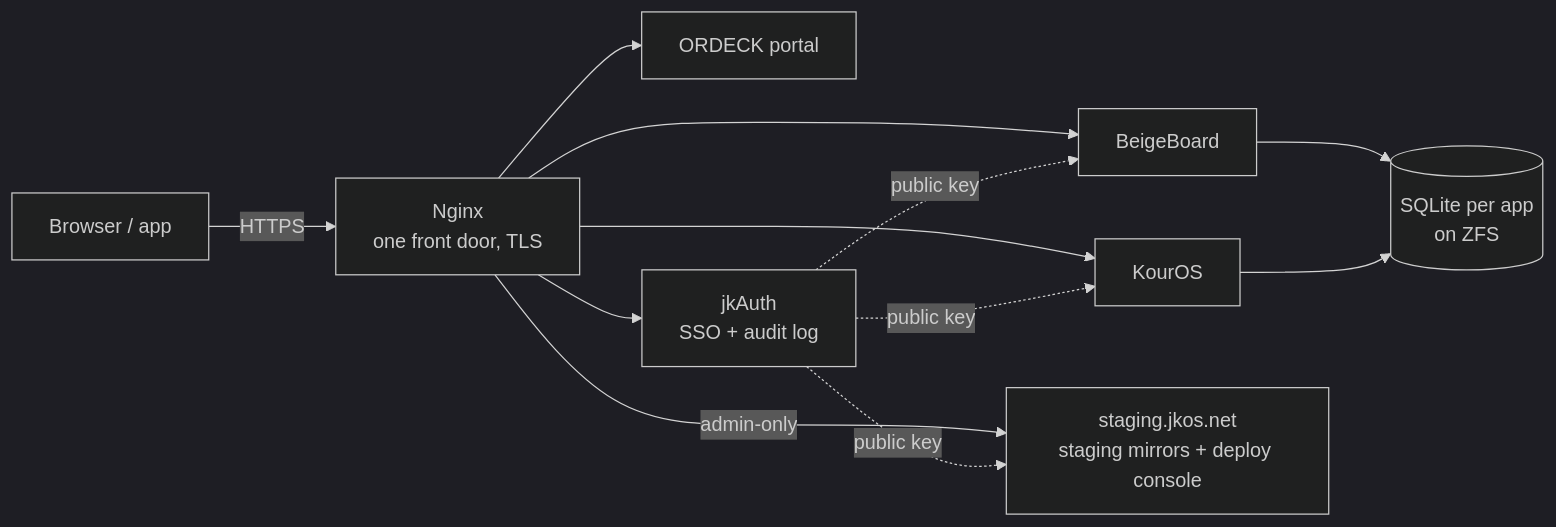
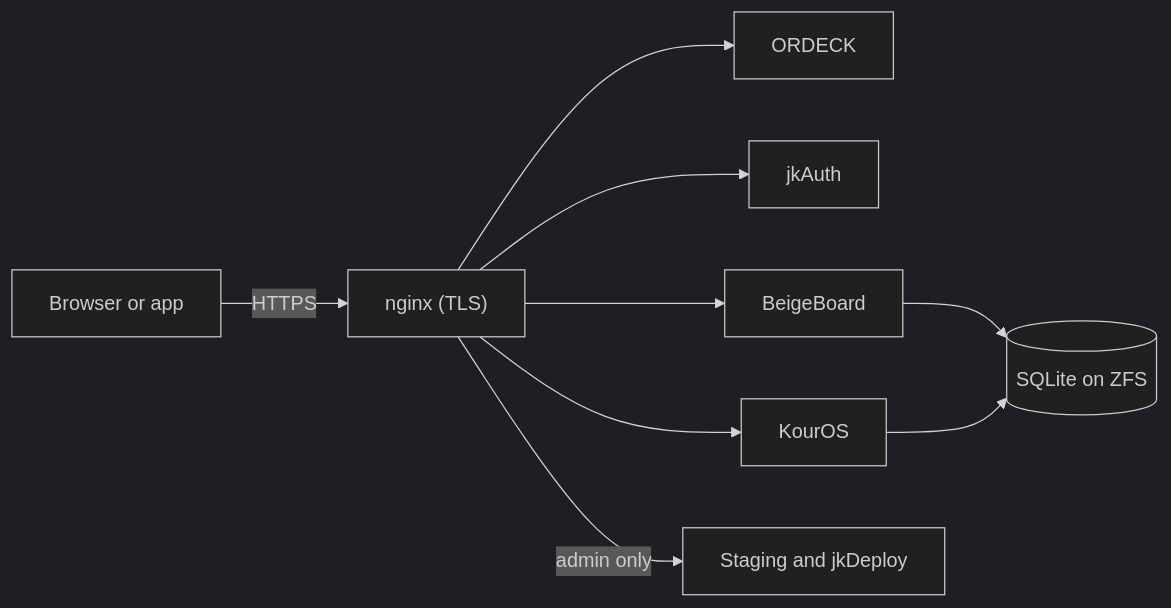
Before and after one commit to jkondakalla/jkOS: the first of 3 diagrams in README.md, drawn with Mermaid (dark theme). The commit also changed other lines of this file and 2 other files, not shown here.

First line of the commit message:
docs(readme): plain language, and a sequence diagram GitHub can render

````diff
--- a/README.md
+++ b/README.md
@@ -21,11 +20,11 @@
 ```mermaid
 flowchart LR
-  U[Browser / app] -->|HTTPS| N[Nginx<br/>one front door, TLS]
-  N --> P[ORDECK portal]
-  N --> A[jkAuth<br/>SSO + audit log]
-  N --> B[BeigeBoard]
-  N --> K[KourOS]
-  N -->|admin-only| S[staging.jkos.net<br/>staging mirrors + deploy console]
-  A -. public key .-> B & K & S
-  B & K --> D[(SQLite per app<br/>on ZFS)]
+  U["Browser or app"] -->|HTTPS| N["nginx (TLS)"]
+  N --> P["ORDECK"]
+  N --> A["jkAuth"]
+  N --> B["BeigeBoard"]
+  N --> K["KourOS"]
+  N -->|"admin only"| S["Staging and jkDeploy"]
+  B --> D[("SQLite on ZFS")]
+  K --> D
 ```
````
